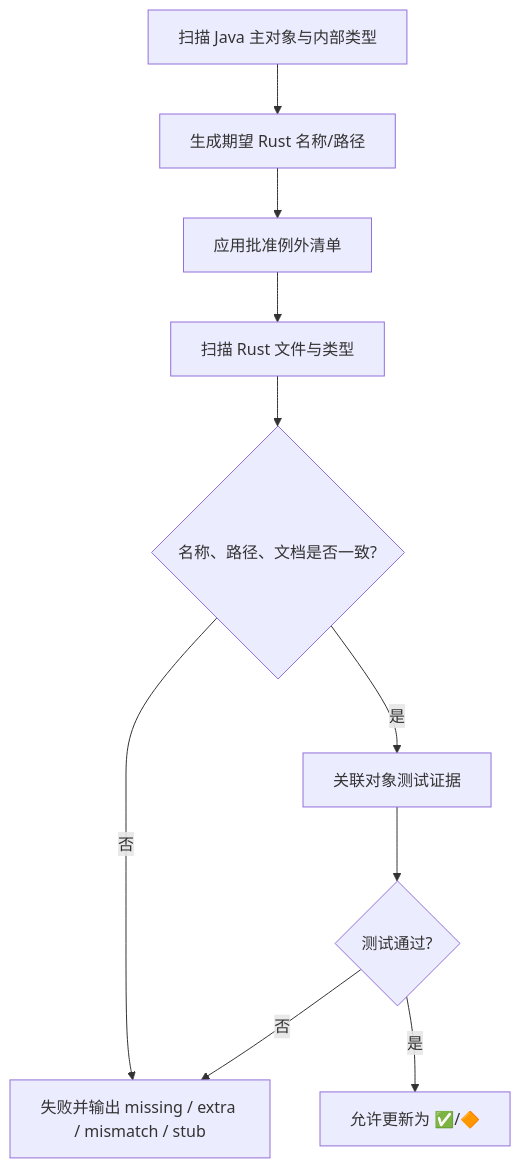
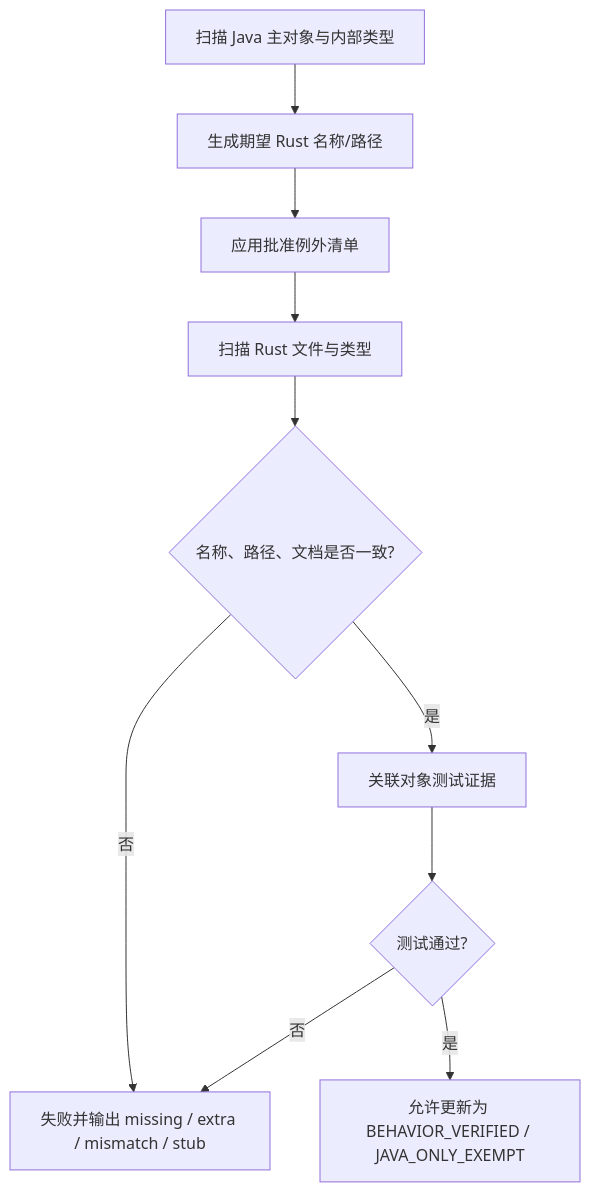
Before and after one commit to easy-4-rust/thymeleaf-rust: the diagram in docs/migration/对象名称一致性检查.md, drawn with Mermaid. The commit also changed other lines of this file and 32 other files, not shown here.

````diff
--- a/docs/migration/对象名称一致性检查.md
+++ b/docs/migration/对象名称一致性检查.md
@@ -194,12 +205,12 @@
 ```mermaid
 flowchart TD
     A["扫描 Java 主对象与内部类型"] --> B["生成期望 Rust 名称/路径"]
     B --> C["应用批准例外清单"]
     C --> D["扫描 Rust 文件与类型"]
     D --> E{"名称、路径、文档是否一致?"}
     E -- "否" --> F["失败并输出 missing / extra / mismatch / stub"]
     E -- "是" --> G["关联对象测试证据"]
     G --> H{"测试通过?"}
     H -- "否" --> F
-    H -- "是" --> I["允许更新为 ✅/🔶"]
+    H -- "是" --> I["允许更新为 BEHAVIOR_VERIFIED / JAVA_ONLY_EXEMPT"]
 ```
````
